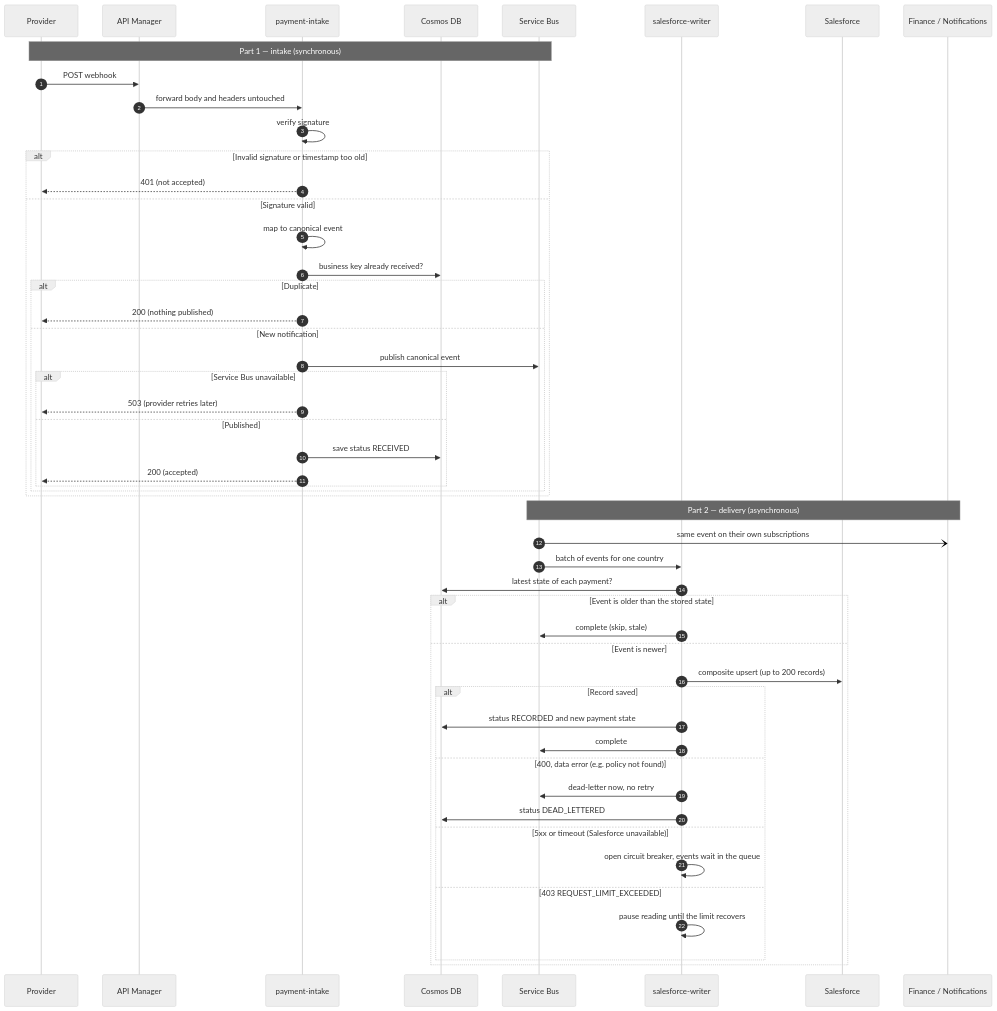
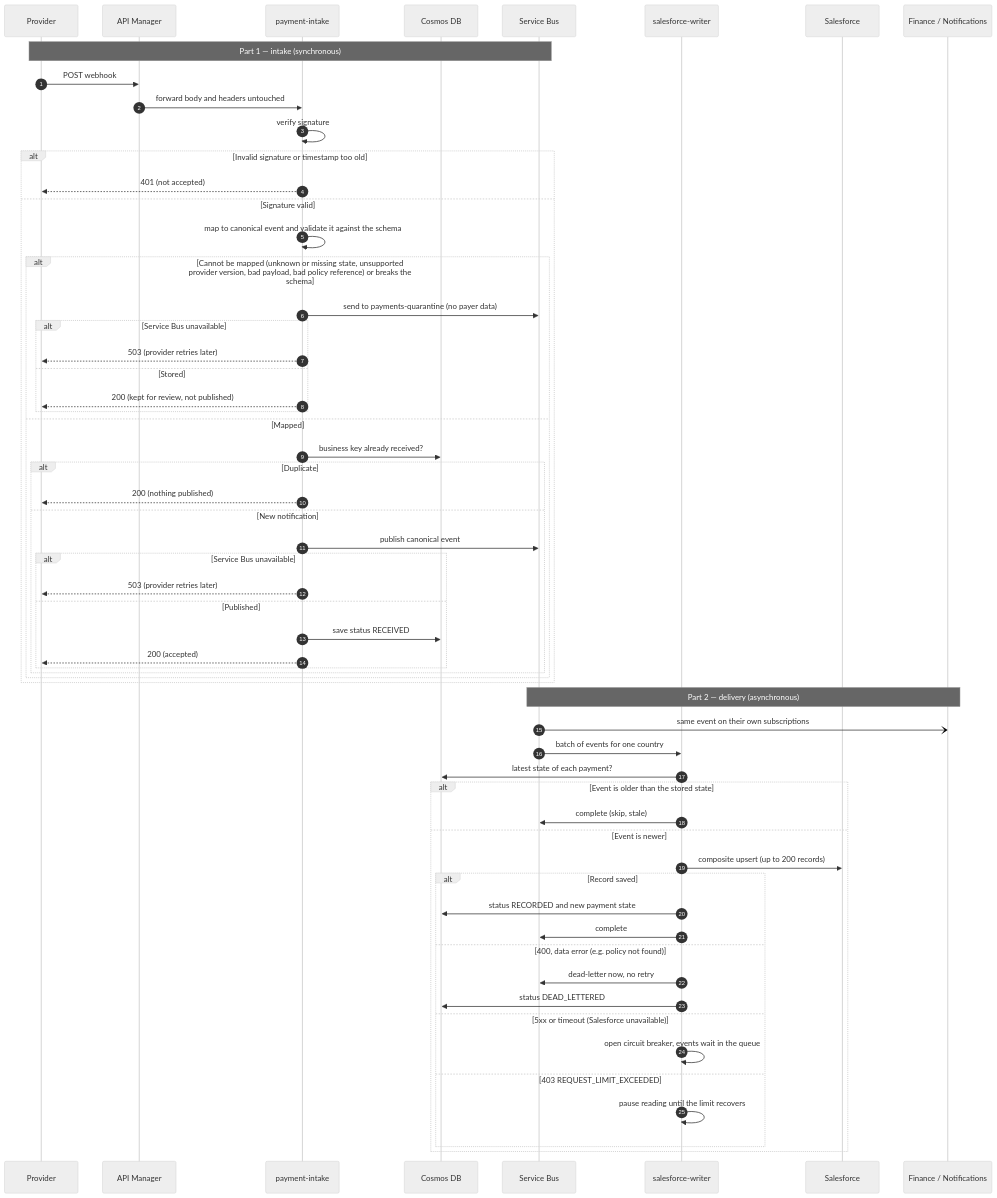
One commit to namaba18/MeridianMutual changed the second of 3 diagrams in docs/design/SOLUTION_DESIGN.md. Above: the diagram before and after it, drawn with Mermaid (neutral theme). The commit also changed other lines of this file and 17 other files, not shown here.

````diff
--- a/docs/design/SOLUTION_DESIGN.md
+++ b/docs/design/SOLUTION_DESIGN.md
@@ -90,57 +98,66 @@
 ```mermaid
 sequenceDiagram
     autonumber
     participant P as Provider
     participant APIM as API Manager
     participant IN as payment-intake
     participant DB as Cosmos DB
     participant SB as Service Bus
     participant SFW as salesforce-writer
     participant SF as Salesforce
     participant C as Finance / Notifications
 
     Note over P,SB: Part 1 — intake (synchronous)
     P->>APIM: POST webhook
     APIM->>IN: forward body and headers untouched
     IN->>IN: verify signature
 
     alt Invalid signature or timestamp too old
         IN-->>P: 401 (not accepted)
     else Signature valid
-        IN->>IN: map to canonical event
-        IN->>DB: business key already received?
-        alt Duplicate
-            IN-->>P: 200 (nothing published)
-        else New notification
-            IN->>SB: publish canonical event
+        IN->>IN: map to canonical event and validate it against the schema
+        alt Cannot be mapped (unknown or missing state, unsupported provider version, bad payload, bad policy reference) or breaks the schema
+            IN->>SB: send to payments-quarantine (no payer data)
             alt Service Bus unavailable
                 IN-->>P: 503 (provider retries later)
-            else Published
-                IN->>DB: save status RECEIVED
-                IN-->>P: 200 (accepted)
+            else Stored
+                IN-->>P: 200 (kept for review, not published)
+            end
+        else Mapped
+            IN->>DB: business key already received?
+            alt Duplicate
+                IN-->>P: 200 (nothing published)
+            else New notification
+                IN->>SB: publish canonical event
+                alt Service Bus unavailable
+                    IN-->>P: 503 (provider retries later)
+                else Published
+                    IN->>DB: save status RECEIVED
+                    IN-->>P: 200 (accepted)
+                end
             end
         end
     end
 
     Note over SB,C: Part 2 — delivery (asynchronous)
     SB-)C: same event on their own subscriptions
     SB->>SFW: batch of events for one country
     SFW->>DB: latest state of each payment?
 
     alt Event is older than the stored state
         SFW->>SB: complete (skip, stale)
     else Event is newer
         SFW->>SF: composite upsert (up to 200 records)
         alt Record saved
             SFW->>DB: status RECORDED and new payment state
             SFW->>SB: complete
         else 400, data error (e.g. policy not found)
             SFW->>SB: dead-letter now, no retry
             SFW->>DB: status DEAD_LETTERED
         else 5xx or timeout (Salesforce unavailable)
             SFW->>SFW: open circuit breaker, events wait in the queue
         else 403 REQUEST_LIMIT_EXCEEDED
             SFW->>SFW: pause reading until the limit recovers
         end
     end
 ```
````
